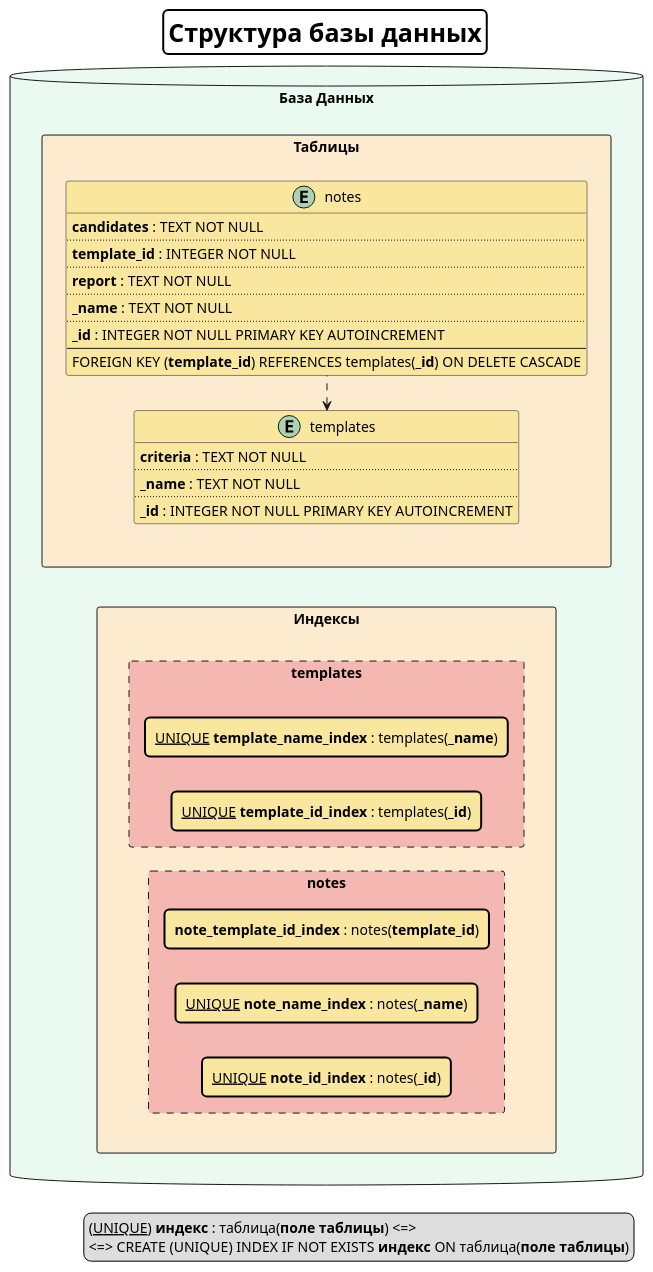
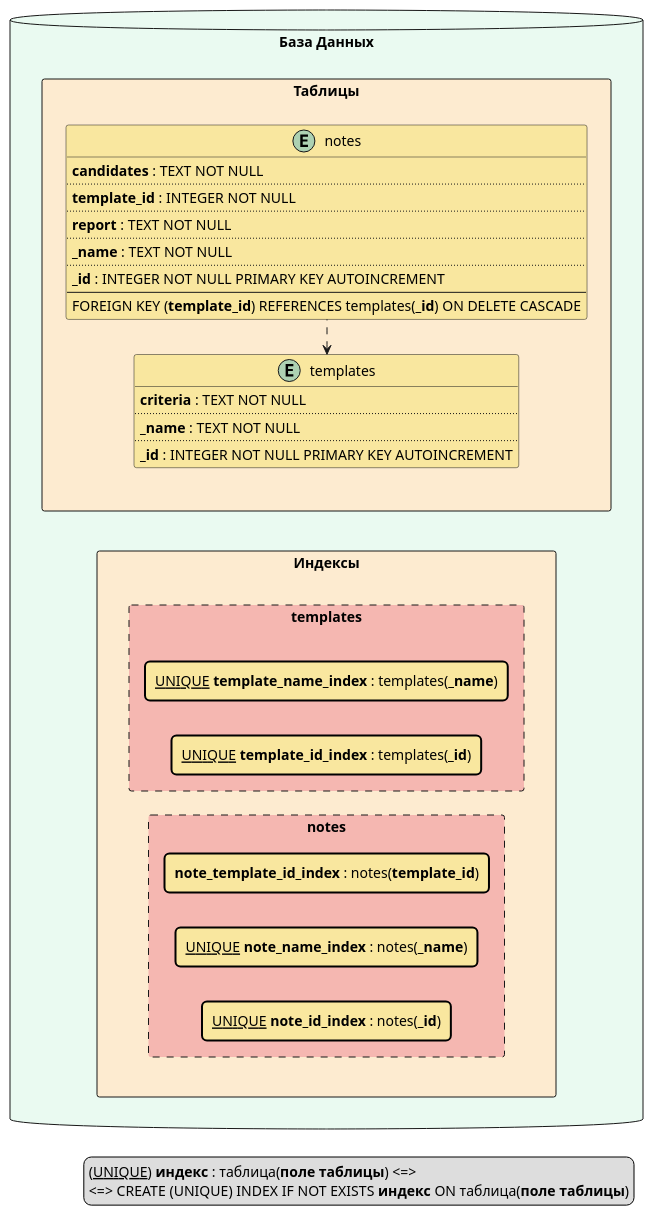
The diagram in diagrams/database_struct.puml (ethernet389/MAI-2), drawn with PlantUML before and after one commit. The commit also changed 11 other files, not shown here.

Commit message:
Add compiled puml diagrams

```diff
--- a/diagrams/database_struct.puml
+++ b/diagrams/database_struct.puml
@@ -1,69 +1,68 @@
 @startuml
 
 left to right direction
 allowmixing
 
 left to right direction
 skinparam linetype ortho
 skinparam titleBorderRoundCorner 10
 skinparam titleBorderThickness 2
 skinparam titleBorderColor black
 skinparam titleFontSize 25
 
 skinparam PackageBackgroundColor #EAFAF1
 skinparam RectangleBackgroundColor #FDEBD0
 skinparam ClassBackgroundColor #F9E79F
 
-title Структура базы данных
 
 legend right
     (<u>UNIQUE</u>) <b>индекс</b> : таблица(<b>поле таблицы</b>) <=>
     <=> CREATE (UNIQUE) INDEX IF NOT EXISTS <b>индекс</b> ON таблица(<b>поле таблицы</b>)
 end legend
 database "База Данных" {
     rectangle Таблицы as tables {
         entity templates {
             <b>criteria</b> : TEXT NOT NULL
             ..
             <b>_name</b> : TEXT NOT NULL
             ..
             <b>_id</b> : INTEGER NOT NULL PRIMARY KEY AUTOINCREMENT
         }
 
         entity notes {
             	<b>candidates</b> : TEXT NOT NULL
             	..
             	<b>template_id</b> : INTEGER NOT NULL
             	..
             	<b>report</b> : TEXT NOT NULL
             	..
             	<b>_name</b> : TEXT NOT NULL
             	..
             	<b>_id</b> : INTEGER NOT NULL PRIMARY KEY AUTOINCREMENT
             	--
             	FOREIGN KEY (<b>template_id</b>) REFERENCES templates(<b>_id</b>) ON DELETE CASCADE
         }
     }
 
     rectangle Индексы as indeces {
         rectangle templates as i_templates #F5B7B1;line.dashed {
             rectangle "<u>UNIQUE</u> <b>template_id_index</b> : templates(<b>_id</b>)" as template_id_index #F9E79F
             rectangle "<u>UNIQUE</u> <b>template_name_index</b> : templates(<b>_name</b>)" as template_name_index #F9E79F
         }
 
         rectangle notes as i_notes #F5B7B1;line.dashed {
             rectangle "<u>UNIQUE</u> <b>note_id_index</b> : notes(<b>_id</b>)" as note_id_index #F9E79F
             rectangle "<u>UNIQUE</u> <b>note_name_index</b> : notes(<b>_name</b>)" as note_name_index #F9E79F
             rectangle "<b>note_template_id_index</b> : notes(<b>template_id</b>)" as note_template_id_index #F9E79F
         }
     }
 }
 
 notes .l.> templates
 indeces -[hidden]r- tables
 template_id_index -[hidden]r- template_name_index
 template_name_index -[hidden]r- template_name_index
 note_id_index -[hidden]r- note_name_index
 note_name_index -[hidden]r- note_template_id_index
 
 @enduml
```
